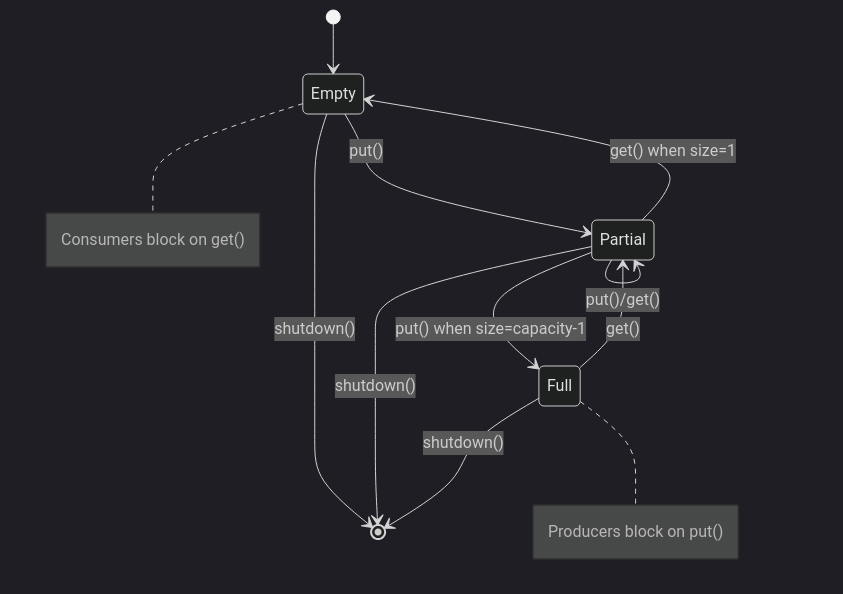
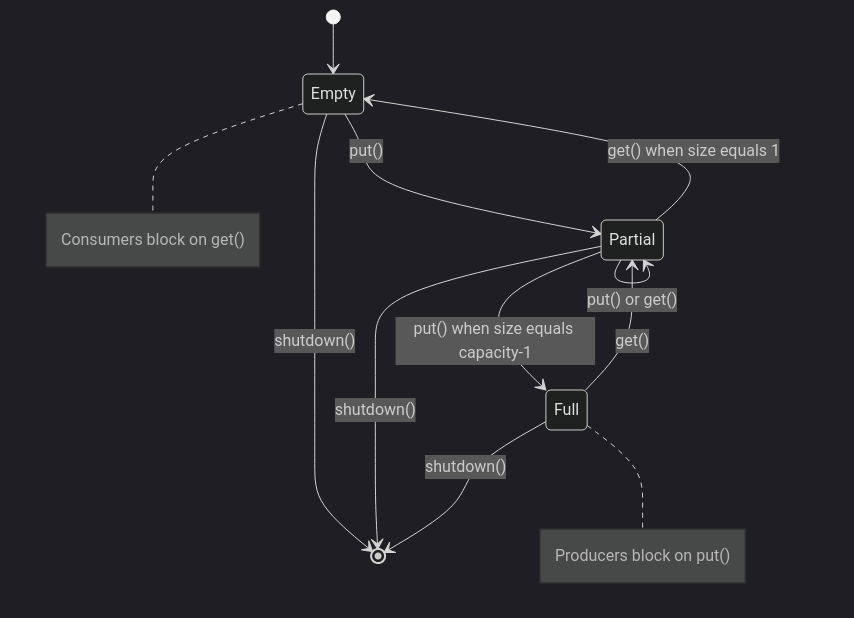
Before and after one commit to mythxn/dojo.py: the fourth of 13 diagrams in day-1/problem-3-producer-consumer/README.md, drawn with Mermaid (dark theme). The commit also changed other lines of this file and 6 other files, not shown here.

First line of the commit message:
Fix all Mermaid syntax errors across README files

````diff
--- a/day-1/problem-3-producer-consumer/README.md
+++ b/day-1/problem-3-producer-consumer/README.md
@@ -84,16 +84,20 @@
 ```mermaid
 stateDiagram-v2
     [*] --> Empty
     Empty --> Partial : put()
-    Partial --> Full : put() when size=capacity-1
+    Partial --> Full : put() when size equals capacity-1
     Full --> Partial : get()
-    Partial --> Empty : get() when size=1
-    Partial --> Partial : put()/get()
+    Partial --> Empty : get() when size equals 1
+    Partial --> Partial : put() or get()
     
     Empty --> [*] : shutdown()
     Partial --> [*] : shutdown()
     Full --> [*] : shutdown()
     
-    note right of Empty : Consumers block on get()
-    note right of Full : Producers block on put()
+    note right of Empty
+        Consumers block on get()
+    end note
+    note right of Full
+        Producers block on put()
+    end note
 ```
````
